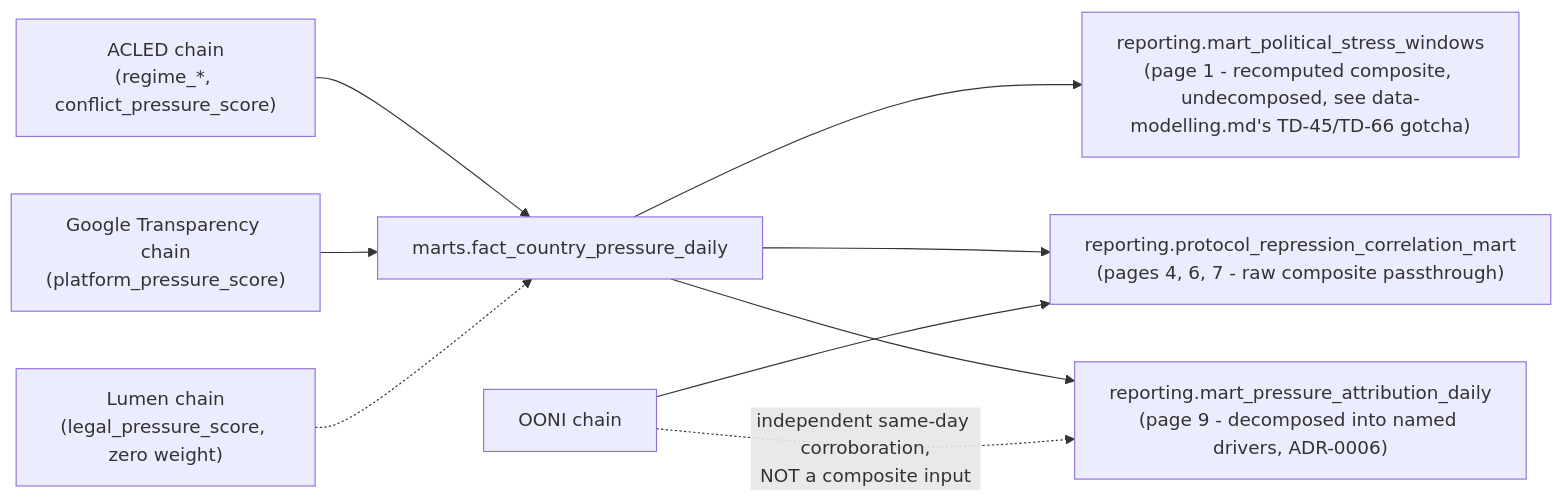
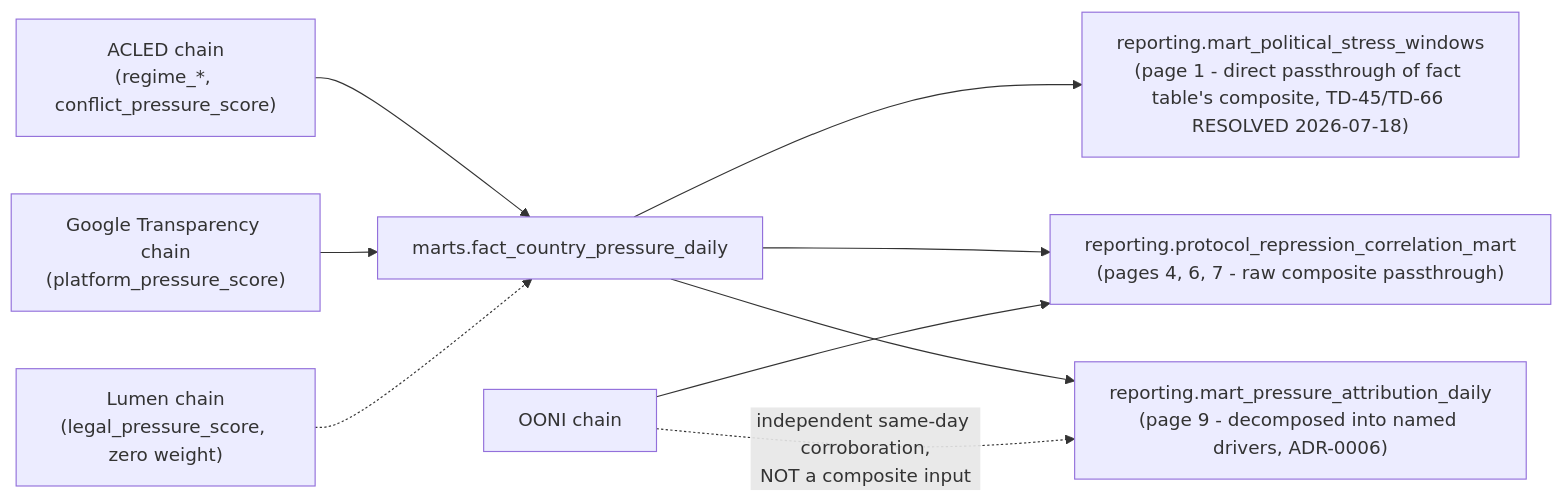
One commit to Sanjomwa/Civil-Liberties-Intelligence-Observatory changed the fifth of 5 diagrams in docs/02-architecture/erd-lineage.md. Above: the diagram before and after it, drawn with Mermaid. The commit also changed 8 other files, not shown here.

````diff
--- a/docs/02-architecture/erd-lineage.md
+++ b/docs/02-architecture/erd-lineage.md
@@ -91,13 +91,13 @@
 ```mermaid
 flowchart LR
     ACLED["ACLED chain\n(regime_*, conflict_pressure_score)"] --> fact_country["marts.fact_country_pressure_daily"]
     Google["Google Transparency chain\n(platform_pressure_score)"] --> fact_country
     Lumen["Lumen chain\n(legal_pressure_score, zero weight)"] -.-> fact_country
 
-    fact_country --> stress_windows["reporting.mart_political_stress_windows\n(page 1 - recomputed composite, undecomposed, see data-modelling.md's TD-45/TD-66 gotcha)"]
+    fact_country --> stress_windows["reporting.mart_political_stress_windows\n(page 1 - direct passthrough of fact table's composite, TD-45/TD-66 RESOLVED 2026-07-18)"]
     fact_country --> corr_mart["reporting.protocol_repression_correlation_mart\n(pages 4, 6, 7 - raw composite passthrough)"]
     fact_country --> attr_daily["reporting.mart_pressure_attribution_daily\n(page 9 - decomposed into named drivers, ADR-0006)"]
 
     OONI["OONI chain"] --> corr_mart
     OONI -.->|"independent same-day corroboration,\nNOT a composite input"| attr_daily
 ```
````
